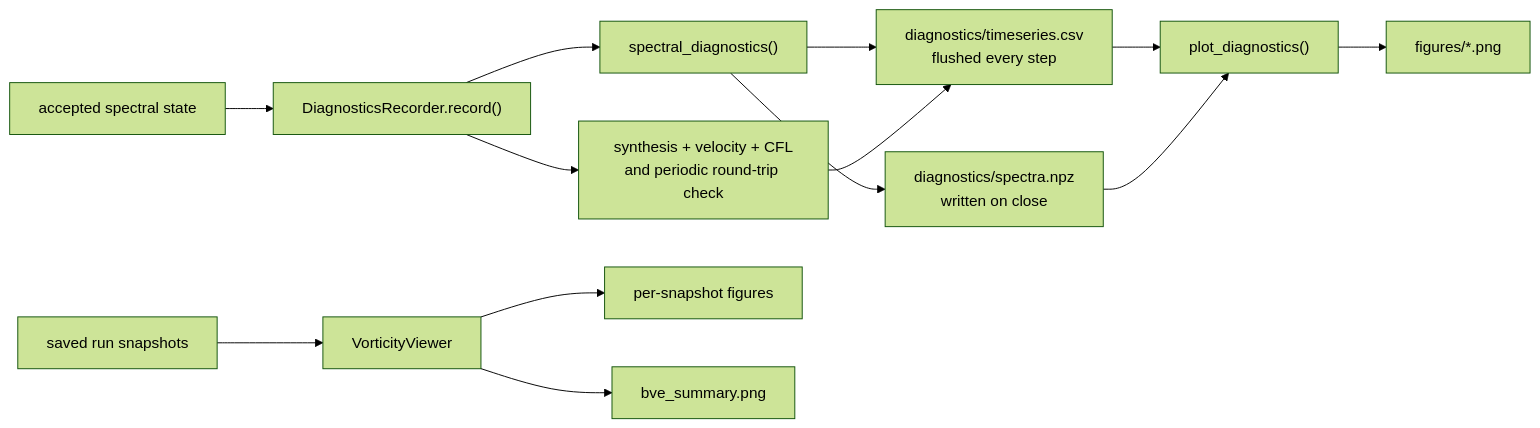
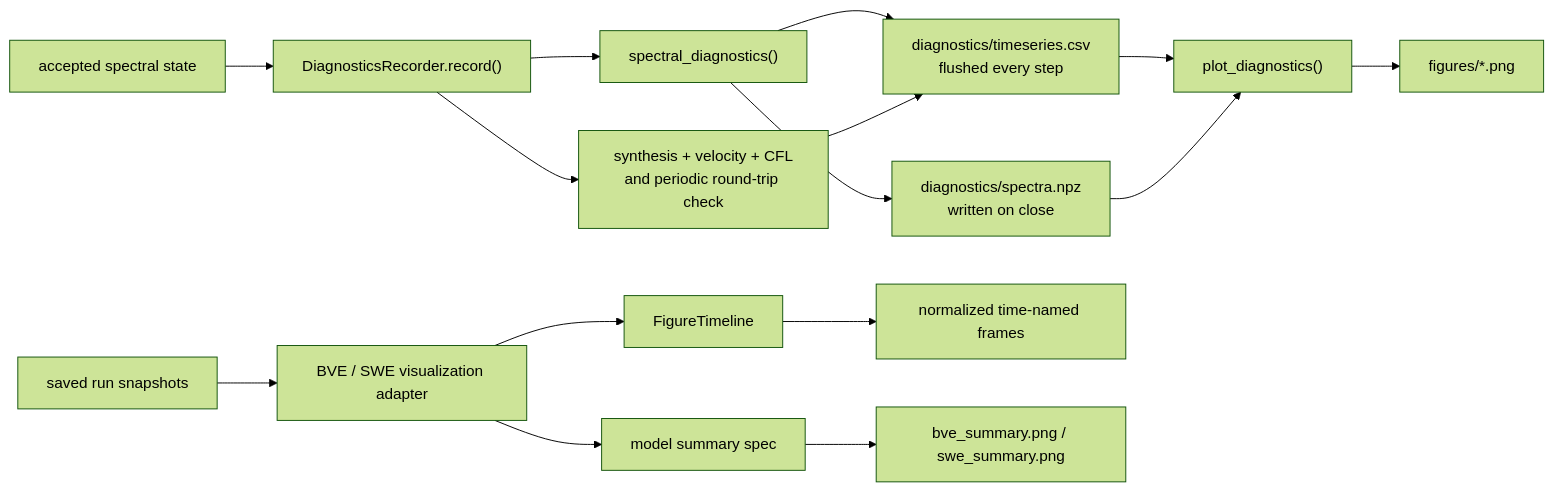
One commit to AlexandreEros/Aeolus changed the fifth of 5 diagrams in docs/call-structure.md. Above: the diagram before and after it, drawn with Mermaid (forest theme). The commit also changed other lines of this file and 21 other files, not shown here.

Commit message:
feat(viz): add shared snapshot timeline rendering

````diff
--- a/docs/call-structure.md
+++ b/docs/call-structure.md
@@ -209,17 +211,19 @@
 ```mermaid
 flowchart LR
     accepted["accepted spectral state"] --> recorder["DiagnosticsRecorder.record()"]
     recorder --> spectral["spectral_diagnostics()"]
     recorder --> grid["synthesis + velocity + CFL<br/>and periodic round-trip check"]
     spectral --> csv["diagnostics/timeseries.csv<br/>flushed every step"]
     grid --> csv
     spectral --> spectra["diagnostics/spectra.npz<br/>written on close"]
 
     csv --> plots["plot_diagnostics()"]
     spectra --> plots
     plots --> figures["figures/*.png"]
 
-    snapshots["saved run snapshots"] --> viewer["VorticityViewer"]
-    viewer --> individual["per-snapshot figures"]
-    viewer --> summary["bve_summary.png"]
+    snapshots["saved run snapshots"] --> adapter["BVE / SWE visualization adapter"]
+    adapter --> timeline["FigureTimeline"]
+    timeline --> individual["normalized time-named frames"]
+    adapter --> summary["model summary spec"]
+    summary --> summaryPng["bve_summary.png / swe_summary.png"]
 ```
````
